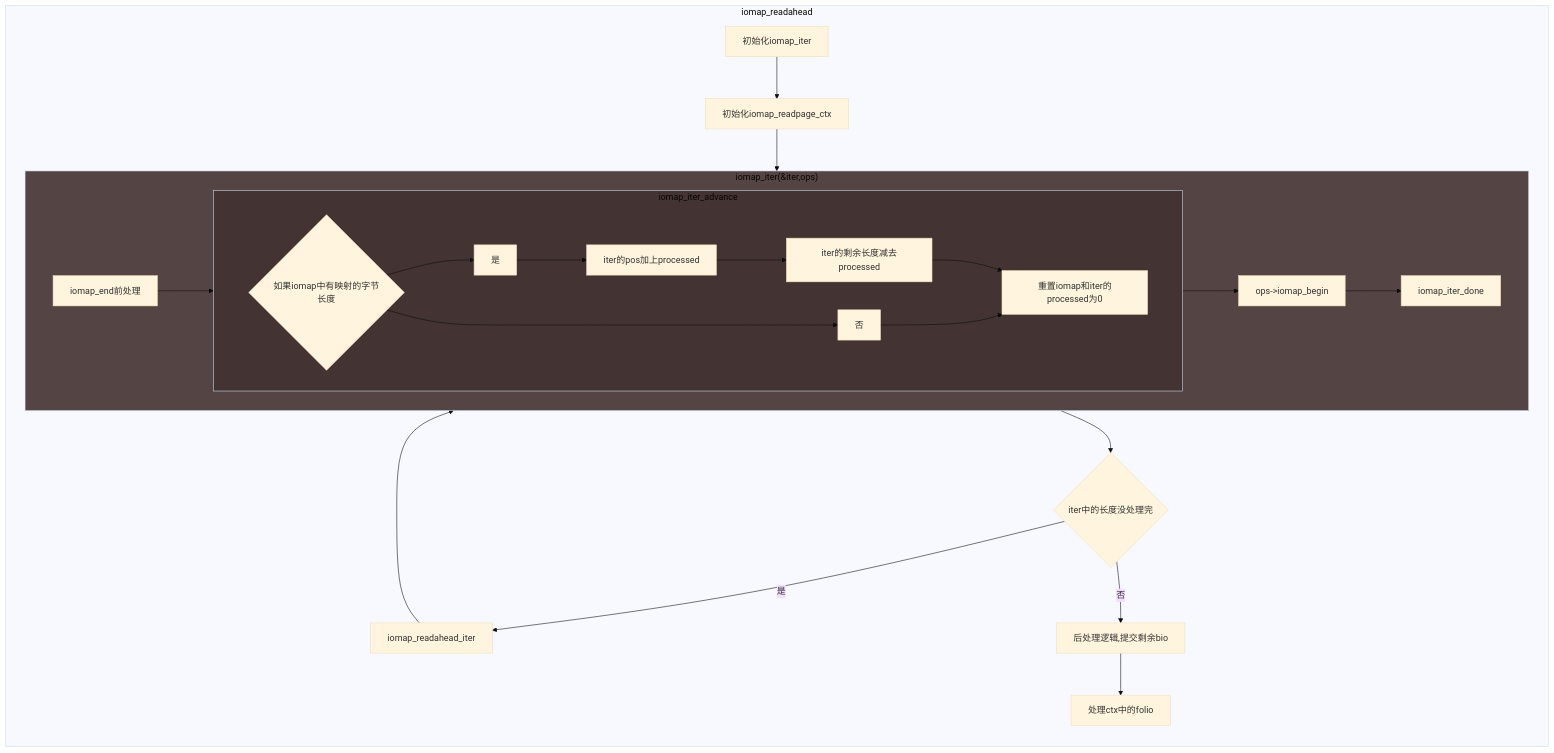
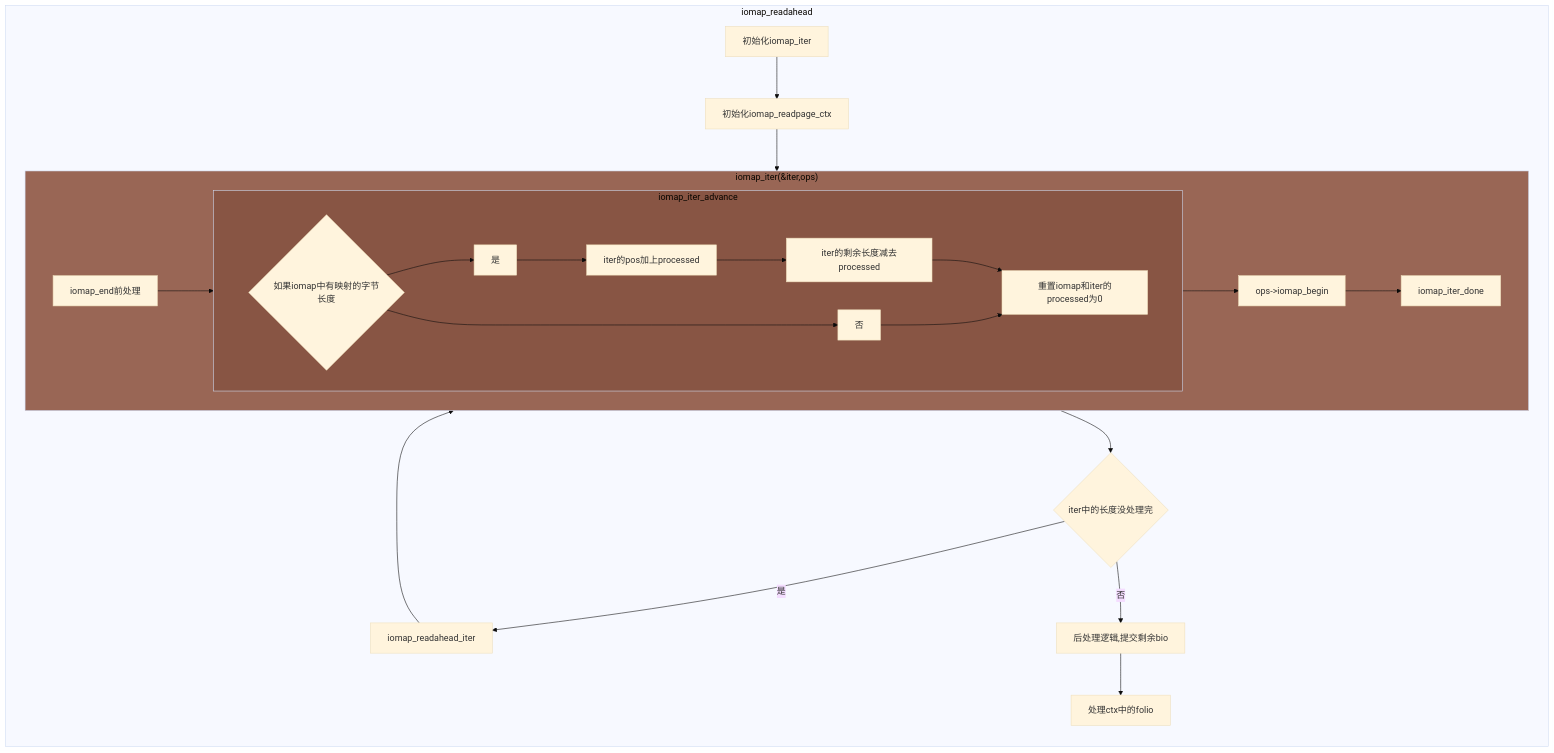
One commit to sigmanature/learn_os_note changed the diagram in 6.13.1内核文档注释/fs/iomap/buffered_io.c/README.md. Above: the diagram before and after it, drawn with Mermaid (base theme).

````diff
--- a/6.13.1内核文档注释/fs/iomap/buffered_io.c/README.md
+++ b/6.13.1内核文档注释/fs/iomap/buffered_io.c/README.md
@@ -2,20 +2,20 @@
 ```mermaid
 graph LR
     subgraph c[iomap_iter_advance]
         1{如果iomap中有映射的字节长度}
         1-->是-->iter的pos加上processed-->iter的剩余长度减去processed-->2[重置iomap和iter的processed为0]
         1-->否-->2
     end
     subgraph b["iomap_iter(&iter,ops)"]
         G[iomap_end前处理]-->c-->I["ops->iomap_begin"]-->J[iomap_iter_done]
     end
-    style b fill:#544
-    style c fill:#433
+    style b fill:#965
+    style c fill:#854
     subgraph a[iomap_readahead]
         A[初始化iomap_iter]-->B[初始化iomap_readpage_ctx]-->b-->C{"iter中的长度没处理完"}
         C--是-->D[iomap_readahead_iter]-->b
         C--否-->E[后处理逻辑,提交剩余bio]-->F[处理ctx中的folio]
     end
     
 click A "https://github.com/sigmanature/learn_os_note/blob/main/6.13.1%E5%86%85%E6%A0%B8%E6%96%87%E6%A1%A3%E6%B3%A8%E9%87%8A/include/linux/iomap.h/struct_iomap_iter.md"
 ```
````
